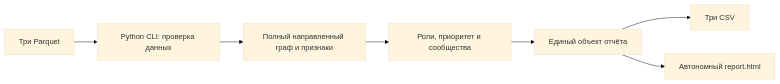
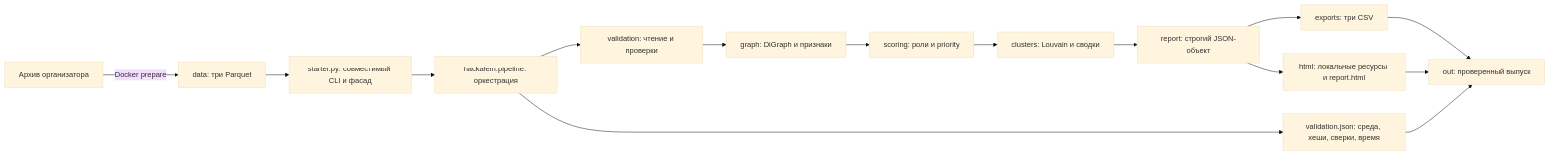
The diagram in docs/ARCHITECTURE.md (BAITC-Hacks/hack-e3bf6094-jigas), drawn with Mermaid (base theme) before and after one commit. The commit also changed other lines of this file and 5 other files, not shown here.

Commit message:
docs: update P0 architecture and validation handoff

````diff
--- a/docs/ARCHITECTURE.md
+++ b/docs/ARCHITECTURE.md
@@ -5,9 +5,17 @@
 ```mermaid
 flowchart LR
-    A[Три Parquet] --> B[Python CLI: проверка данных]
-    B --> C[Полный направленный граф и признаки]
-    C --> D[Роли, приоритет и сообщества]
-    D --> E[Единый объект отчёта]
-    E --> F[Три CSV]
-    E --> G[Автономный report.html]
+    A[Архив организатора] -->|Docker prepare| B[data: три Parquet]
+    B --> C[starter.py: совместимый CLI и фасад]
+    C --> D[hackalem.pipeline: оркестрация]
+    D --> E[validation: чтение и проверки]
+    E --> F[graph: DiGraph и признаки]
+    F --> G[scoring: роли и priority]
+    G --> H[clusters: Louvain и сводки]
+    H --> I[report: строгий JSON-объект]
+    I --> J[exports: три CSV]
+    I --> K[html: локальные ресурсы и report.html]
+    J --> L[out: проверенный выпуск]
+    K --> L
+    D --> M[validation.json: среда, хеши, сверки, время]
+    M --> L
 ```
````
